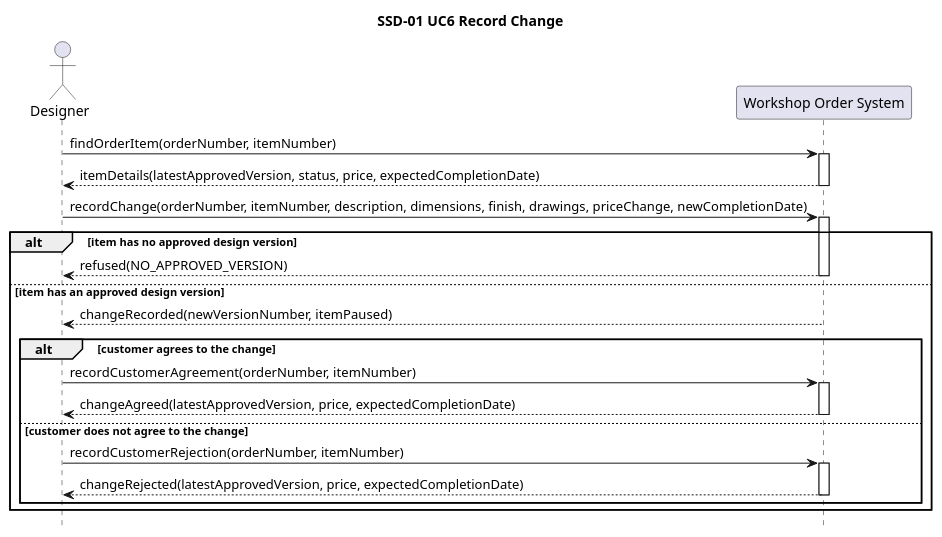
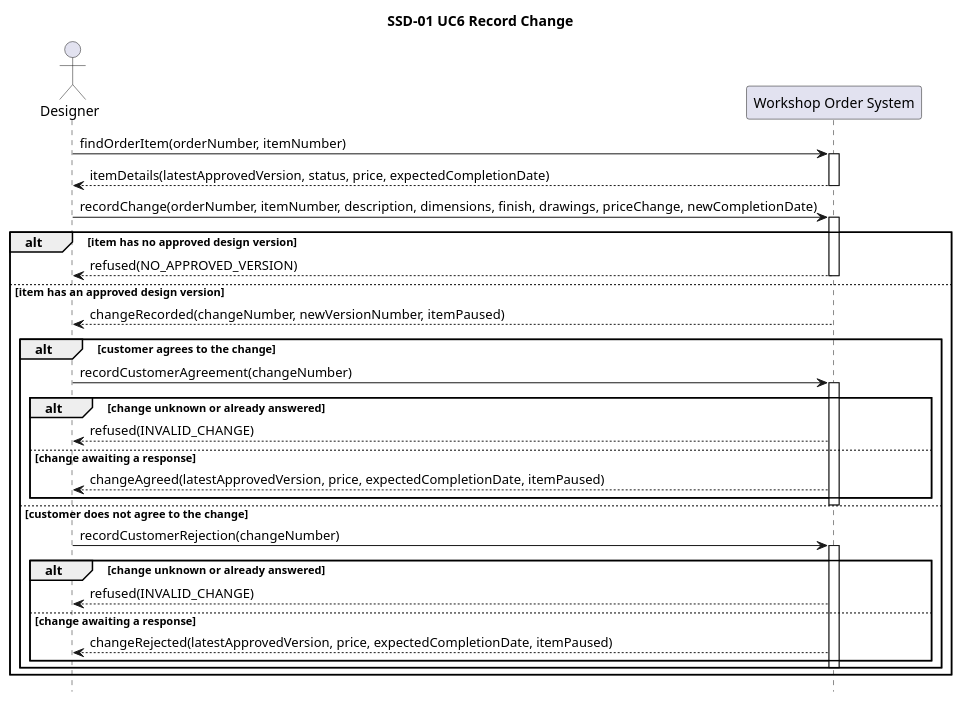
One commit to Ahmad-1031/OOAD_CA2 changed the diagram in ssd-uc6-record-change.puml. Above: the diagram before and after it, drawn with PlantUML. The commit also changed 1 other file, not shown here.

```diff
--- a/ssd-uc6-record-change.puml
+++ b/ssd-uc6-record-change.puml
@@ -1,38 +1,46 @@
 @startuml SSD-01-uc6-record-change
 hide footbox
 title SSD-01 UC6 Record Change
 
 actor Designer
 participant "Workshop Order System" as System
 
 Designer -> System : findOrderItem(orderNumber, itemNumber)
 activate System
 System --> Designer : itemDetails(latestApprovedVersion, status, price, expectedCompletionDate)
 deactivate System
 
 Designer -> System : recordChange(orderNumber, itemNumber, description, dimensions, finish, drawings, priceChange, newCompletionDate)
 activate System
 
 alt item has no approved design version
   System --> Designer : refused(NO_APPROVED_VERSION)
   deactivate System
 
 else item has an approved design version
-  System --> Designer : changeRecorded(newVersionNumber, itemPaused)
+  System --> Designer : changeRecorded(changeNumber, newVersionNumber, itemPaused)
   deactivate System
 
   alt customer agrees to the change
-    Designer -> System : recordCustomerAgreement(orderNumber, itemNumber)
+    Designer -> System : recordCustomerAgreement(changeNumber)
     activate System
-    System --> Designer : changeAgreed(latestApprovedVersion, price, expectedCompletionDate)
+    alt change unknown or already answered
+      System --> Designer : refused(INVALID_CHANGE)
+    else change awaiting a response
+      System --> Designer : changeAgreed(latestApprovedVersion, price, expectedCompletionDate, itemPaused)
+    end
     deactivate System
 
   else customer does not agree to the change
-    Designer -> System : recordCustomerRejection(orderNumber, itemNumber)
+    Designer -> System : recordCustomerRejection(changeNumber)
     activate System
-    System --> Designer : changeRejected(latestApprovedVersion, price, expectedCompletionDate)
+    alt change unknown or already answered
+      System --> Designer : refused(INVALID_CHANGE)
+    else change awaiting a response
+      System --> Designer : changeRejected(latestApprovedVersion, price, expectedCompletionDate, itemPaused)
+    end
     deactivate System
   end
 end
 
 @enduml
```
